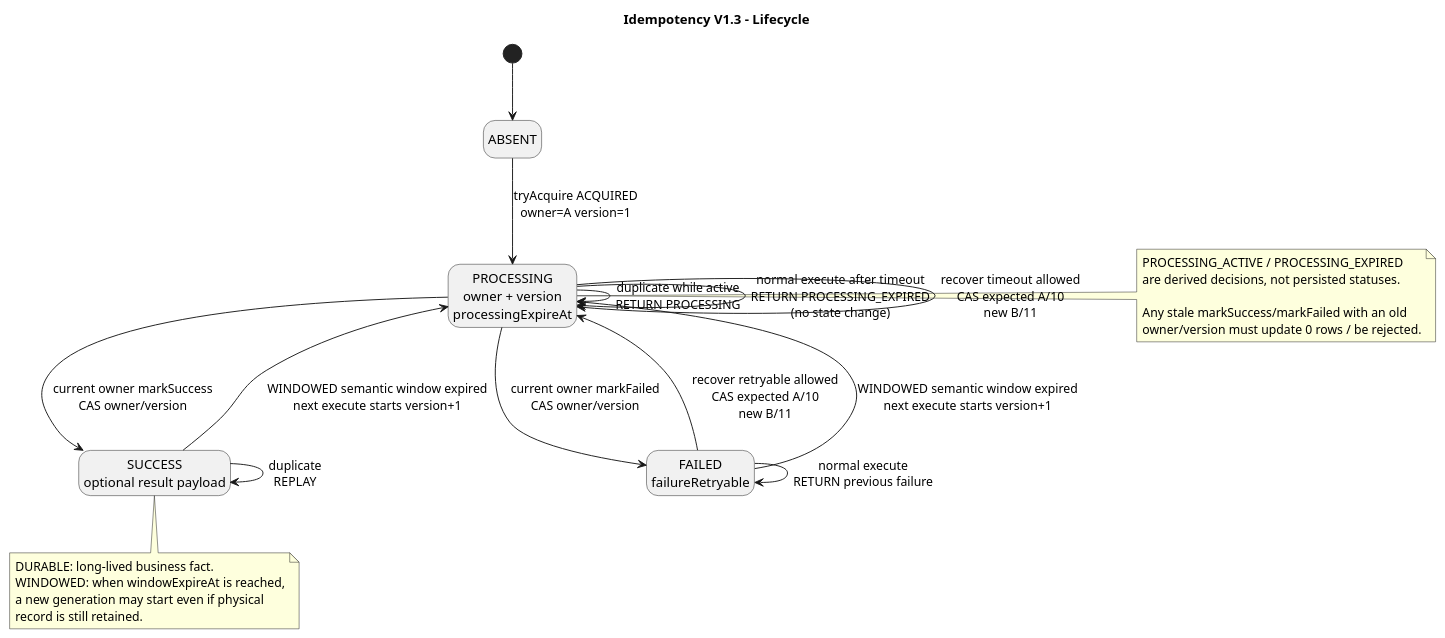
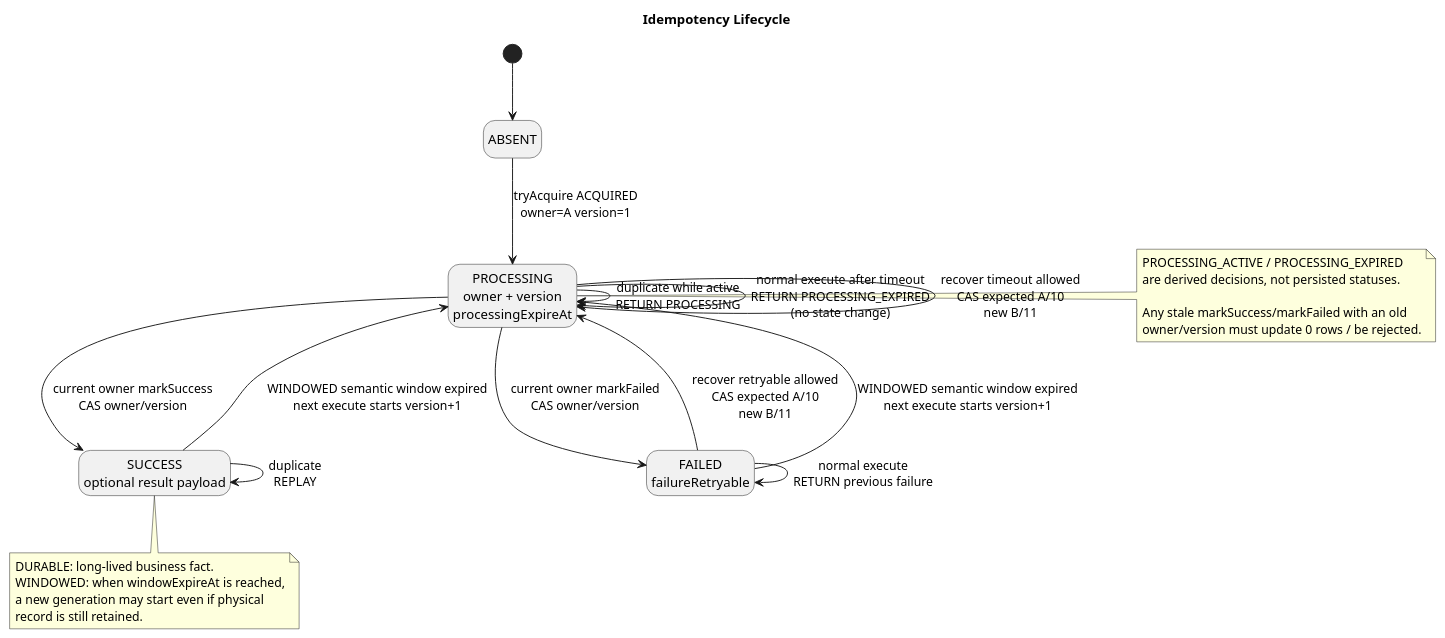
The diagram in component/idempotent-component/docs/diagrams/state/L1-idempotency-lifecycle.puml (pbxjtumse/cola-web-standard), drawn with PlantUML before and after one commit. The commit also changed 47 other files, not shown here.

```diff
--- a/component/idempotent-component/docs/diagrams/state/L1-idempotency-lifecycle.puml
+++ b/component/idempotent-component/docs/diagrams/state/L1-idempotency-lifecycle.puml
@@ -1,44 +1,44 @@
 @startuml
-title Idempotency V1.3 - Lifecycle
+title Idempotency Lifecycle
 
 hide empty description
 skinparam shadowing false
 
 state "ABSENT" as ABSENT
 state "PROCESSING\nowner + version\nprocessingExpireAt" as PROCESSING
 state "SUCCESS\noptional result payload" as SUCCESS
 state "FAILED\nfailureRetryable" as FAILED
 
 [*] --> ABSENT
 ABSENT --> PROCESSING : tryAcquire ACQUIRED\nowner=A version=1
 
 PROCESSING --> SUCCESS : current owner markSuccess\nCAS owner/version
 PROCESSING --> FAILED : current owner markFailed\nCAS owner/version
 
 PROCESSING --> PROCESSING : duplicate while active\nRETURN PROCESSING
 PROCESSING --> PROCESSING : normal execute after timeout\nRETURN PROCESSING_EXPIRED\n(no state change)
 
 PROCESSING --> PROCESSING : recover timeout allowed\nCAS expected A/10\nnew B/11
 FAILED --> PROCESSING : recover retryable allowed\nCAS expected A/10\nnew B/11
 
 SUCCESS --> SUCCESS : duplicate\nREPLAY
 FAILED --> FAILED : normal execute\nRETURN previous failure
 
 SUCCESS --> PROCESSING : WINDOWED semantic window expired\nnext execute starts version+1
 FAILED --> PROCESSING : WINDOWED semantic window expired\nnext execute starts version+1
 
 note right of PROCESSING
 PROCESSING_ACTIVE / PROCESSING_EXPIRED
 are derived decisions, not persisted statuses.
 
 Any stale markSuccess/markFailed with an old
 owner/version must update 0 rows / be rejected.
 end note
 
 note bottom of SUCCESS
 DURABLE: long-lived business fact.
 WINDOWED: when windowExpireAt is reached,
 a new generation may start even if physical
 record is still retained.
 end note
 @enduml
```
